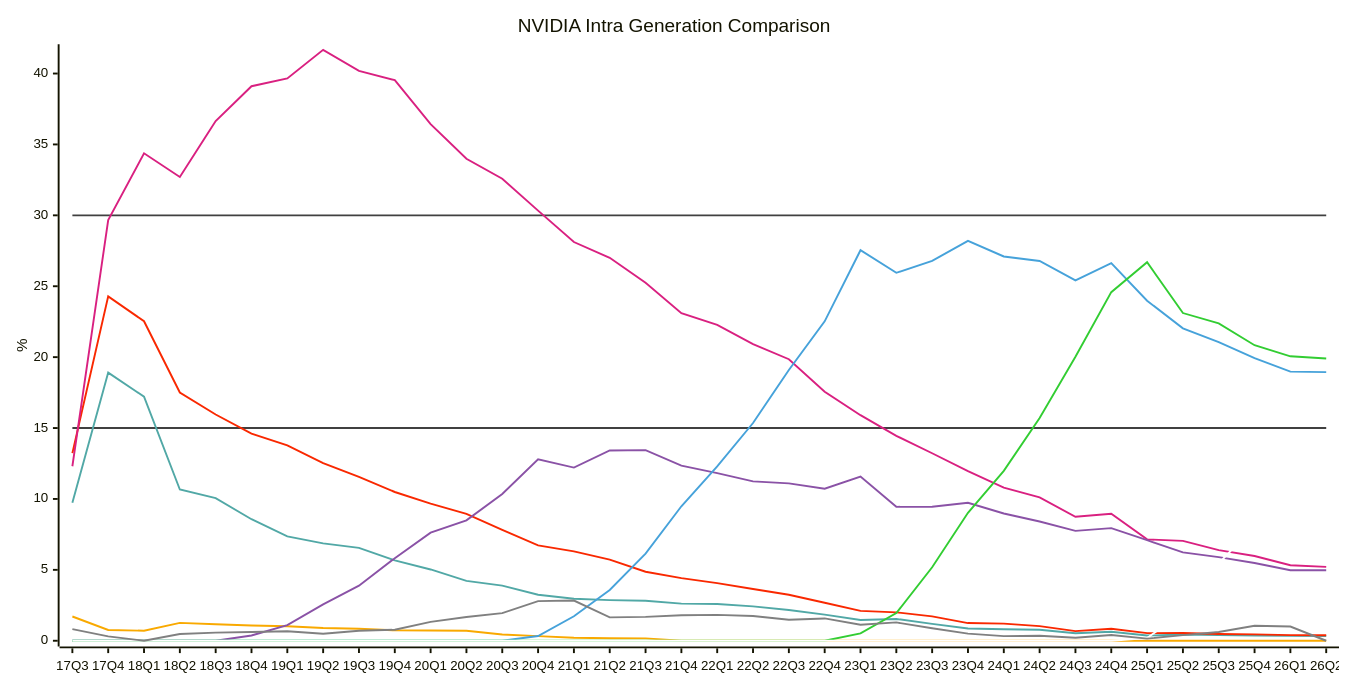
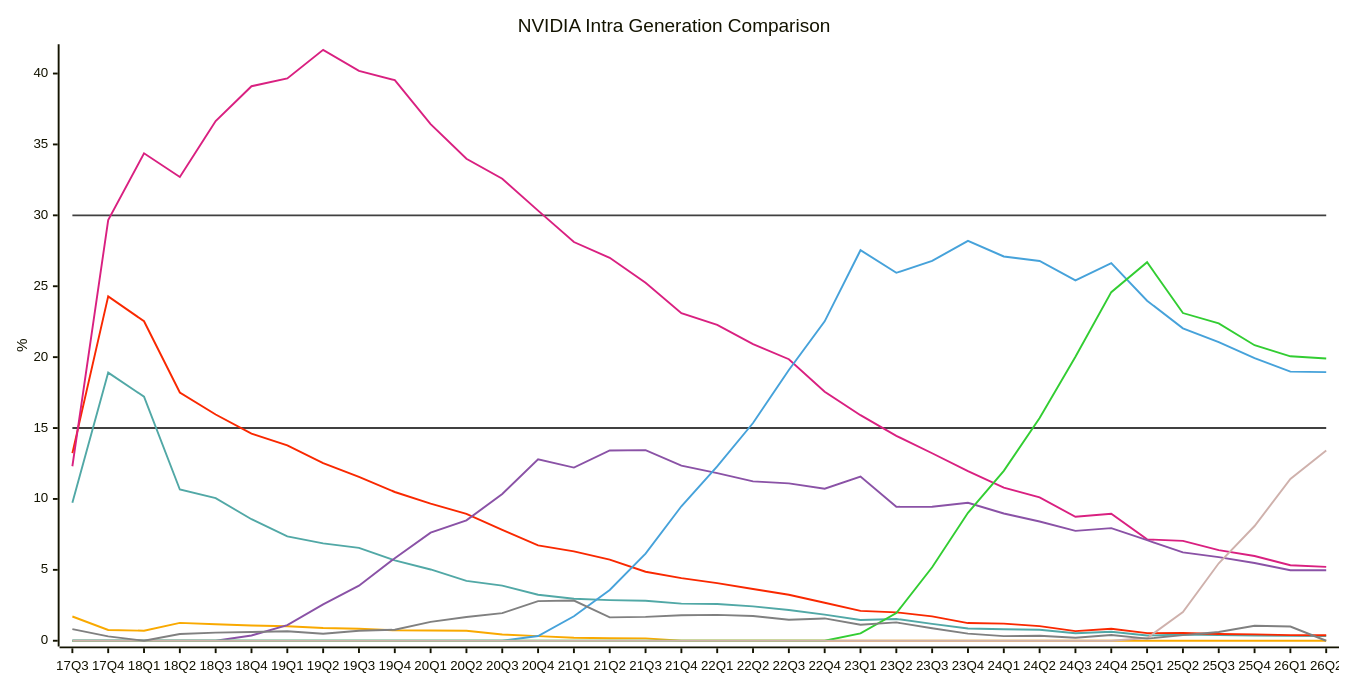
One commit to jdegene/steamHWsurvey changed the second of 31 diagrams in README.md. Above: the diagram before and after it, drawn with Mermaid. The commit also changed other lines of this file and 1 other file, not shown here.

Commit message:
changed white lines in mermaid diagrams to light brown

````diff
--- a/README.md
+++ b/README.md
@@ -110,29 +110,29 @@
 ```mermaid
 ---
 config:
     xyChart:
         width: 1400
         height: 700
         
     themeVariables:
         xyChart:
-            plotColorPalette: "#404040,#404040,#51a8a6,#f9a900,#f92800,#d92080,#8a52a6,#46a2da,#32CD32,#FFFFFF,#808080"
+            plotColorPalette: "#404040,#404040,#51a8a6,#f9a900,#f92800,#d92080,#8a52a6,#46a2da,#32CD32,#cfb1ac,#808080"
 
 --- 
 
 xychart-beta
     title "NVIDIA Intra Generation Comparison"
     x-axis [17Q3, 17Q4, 18Q1, 18Q2, 18Q3, 18Q4, 19Q1, 19Q2, 19Q3, 19Q4, 20Q1, 20Q2, 20Q3, 20Q4, 21Q1, 21Q2, 21Q3, 21Q4, 22Q1, 22Q2, 22Q3, 22Q4, 23Q1, 23Q2, 23Q3, 23Q4, 24Q1, 24Q2, 24Q3, 24Q4, 25Q1, 25Q2, 25Q3, 25Q4, 26Q1, 26Q2]
     y-axis "%" 
  line [15, 15, 15, 15, 15, 15, 15, 15, 15, 15, 15, 15, 15, 15, 15, 15, 15, 15, 15, 15, 15, 15, 15, 15, 15, 15, 15, 15, 15, 15, 15, 15, 15, 15, 15, 15]
  line [30, 30, 30, 30, 30, 30, 30, 30, 30, 30, 30, 30, 30, 30, 30, 30, 30, 30, 30, 30, 30, 30, 30, 30, 30, 30, 30, 30, 30, 30, 30, 30, 30, 30, 30, 30]
     line [9.725, 18.91, 17.213333333333335, 10.666666666666668, 10.056666666666668, 8.57, 7.359999999999999, 6.866666666666667, 6.553333333333333, 5.663333333333333, 5.026666666666666, 4.22, 3.8899999999999997, 3.2466666666666666, 2.9633333333333334, 2.8666666666666663, 2.8233333333333333, 2.62, 2.5866666666666664, 2.4266666666666667, 2.17, 1.8433333333333333, 1.4633333333333332, 1.5366666666666666, 1.1933333333333331, 0.8633333333333333, 0.8133333333333335, 0.78, 0.5266666666666667, 0.6366666666666666, 0.36666666666666664, 0.44333333333333336, 0.4, 0.36666666666666664, 0.345, 0.34]
     line [1.71, 0.76, 0.71, 1.26, 1.1633333333333333, 1.0799999999999998, 1.0233333333333332, 0.8966666666666666, 0.8433333333333333, 0.73, 0.7266666666666667, 0.71, 0.44333333333333336, 0.32666666666666666, 0.20666666666666667, 0.18000000000000002, 0.16999999999999998, 0, 0, 0, 0, 0, 0, 0, 0, 0, 0, 0, 0, 0, 0, 0, 0, 0, 0, 0]
     line [13.23, 24.286666666666665, 22.529999999999998, 17.503333333333334, 15.953333333333333, 14.610000000000001, 13.783333333333333, 12.520000000000001, 11.553333333333333, 10.489999999999998, 9.670000000000002, 8.946666666666667, 7.816666666666666, 6.7299999999999995, 6.303333333333333, 5.716666666666667, 4.866666666666667, 4.416666666666667, 4.066666666666666, 3.6533333333333333, 3.2433333333333336, 2.6833333333333336, 2.106666666666667, 2.0033333333333334, 1.7166666666666668, 1.2466666666666668, 1.21, 1.0333333333333332, 0.6766666666666666, 0.8466666666666666, 0.5366666666666666, 0.5466666666666667, 0.4766666666666666, 0.44999999999999996, 0.4, 0.38999999999999996]
     line [12.305, 29.66333333333333, 34.37333333333333, 32.7, 36.653333333333336, 39.10666666666667, 39.656666666666666, 41.67, 40.18333333333333, 39.53333333333333, 36.43666666666667, 33.989999999999995, 32.583333333333336, 30.330000000000002, 28.12, 27.006666666666668, 25.240000000000002, 23.096666666666664, 22.27, 20.92, 19.853333333333335, 17.56, 15.906666666666666, 14.453333333333331, 13.223333333333331, 11.966666666666665, 10.803333333333333, 10.110000000000001, 8.743333333333332, 8.949999999999998, 7.1499999999999995, 7.04, 6.386666666666667, 5.973333333333334, 5.323333333333333, 5.209999999999989]
     line [0, 0, 0, 0, 0, 0.37, 1.1033333333333333, 2.5700000000000003, 3.883333333333333, 5.823333333333333, 7.62, 8.493333333333334, 10.353333333333332, 12.796666666666667, 12.213333333333333, 13.420000000000002, 13.44, 12.346666666666668, 11.820000000000002, 11.236666666666666, 11.096666666666666, 10.72, 11.576666666666668, 9.443333333333333, 9.453333333333331, 9.726666666666667, 8.973333333333333, 8.406666666666666, 7.75, 7.9433333333333325, 7.090000000000001, 6.23, 5.8933333333333335, 5.486666666666666, 4.976666666666666, 4.96999999999999]
     line [0, 0, 0, 0, 0, 0, 0, 0, 0, 0, 0, 0, 0, 0.33499999999999996, 1.73, 3.58, 6.140000000000001, 9.483333333333333, 12.293333333333333, 15.356666666666666, 19.096666666666664, 22.526666666666664, 27.540000000000003, 25.94666666666667, 26.78333333333333, 28.196666666666665, 27.099999999999998, 26.78333333333333, 25.416666666666664, 26.626666666666665, 23.976666666666667, 22.03, 21.063333333333333, 19.933333333333334, 18.974999999999994, 18.93999999999999]
     line [0, 0, 0, 0, 0, 0, 0, 0, 0, 0, 0, 0, 0, 0, 0, 0, 0, 0, 0, 0, 0, 0, 0.52, 1.95, 5.183333333333334, 9.023333333333333, 11.983333333333334, 15.706666666666665, 20.026666666666667, 24.583333333333336, 26.693333333333335, 23.11, 22.376666666666665, 20.84, 20.058333333333323, 19.89999999999999]
     line [0, 0, 0, 0, 0, 0, 0, 0, 0, 0, 0, 0, 0, 0, 0, 0, 0, 0, 0, 0, 0, 0, 0, 0, 0, 0, 0, 0, 0, 0, 0.19, 2.0233333333333334, 5.463333333333334, 8.09, 11.408333333333324, 13.40999999999998]
     line [0.8199999999999998, 0.31000000000000005, 0, 0.48, 0.5700000000000001, 0.6133333333333334, 0.67, 0.49000000000000005, 0.71, 0.7766666666666667, 1.3333333333333335, 1.6733333333333333, 1.95, 2.796666666666667, 2.833333333333333, 1.6500000000000001, 1.6833333333333336, 1.7933333333333332, 1.8233333333333335, 1.7466666666666668, 1.4766666666666666, 1.5733333333333335, 1.1266666666666667, 1.2933333333333332, 0.8833333333333334, 0.5050000000000001, 0.32666666666666666, 0.35666666666666674, 0.21, 0.4, 0.15, 0.4, 0.6166666666666667, 1.06, 1.005, 0]
 ``` 
````
